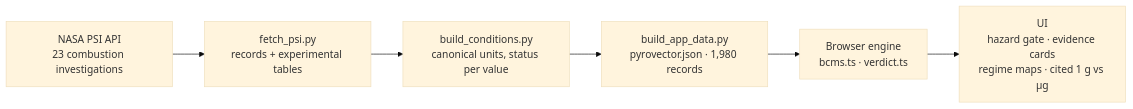
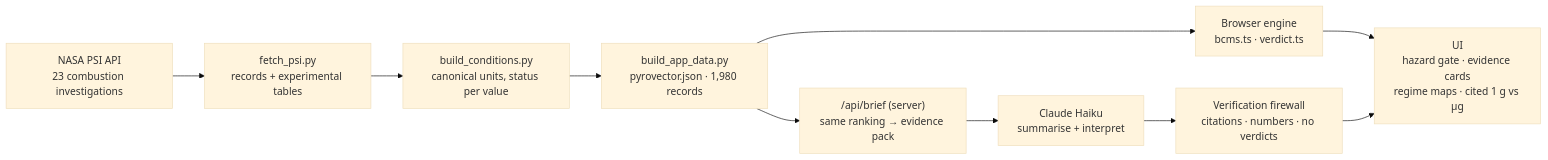
Before and after one commit to prattaybanik03/flamebound-flame-in-freefall: the diagram in README.md, drawn with Mermaid (base theme). The commit also changed other lines of this file and 7 other files, not shown here.

Commit message:
Add SI evidence briefing with verification firewall (Claude Haiku, server-side)

````diff
--- a/README.md
+++ b/README.md
@@ -49,8 +50,12 @@
 ```mermaid
 flowchart LR
   A["NASA PSI API<br/>23 combustion investigations"] --> B["fetch_psi.py<br/>records + experimental tables"]
   B --> C["build_conditions.py<br/>canonical units, status per value"]
   C --> D["build_app_data.py<br/>pyrovector.json · 1,980 records"]
   D --> E["Browser engine<br/>bcms.ts · verdict.ts"]
   E --> F["UI<br/>hazard gate · evidence cards<br/>regime maps · cited 1 g vs µg"]
+  D --> G["/api/brief (server)<br/>same ranking → evidence pack"]
+  G --> H["Claude Haiku<br/>summarise + interpret"]
+  H --> I["Verification firewall<br/>citations · numbers · no verdicts"]
+  I --> F
 ```
````
